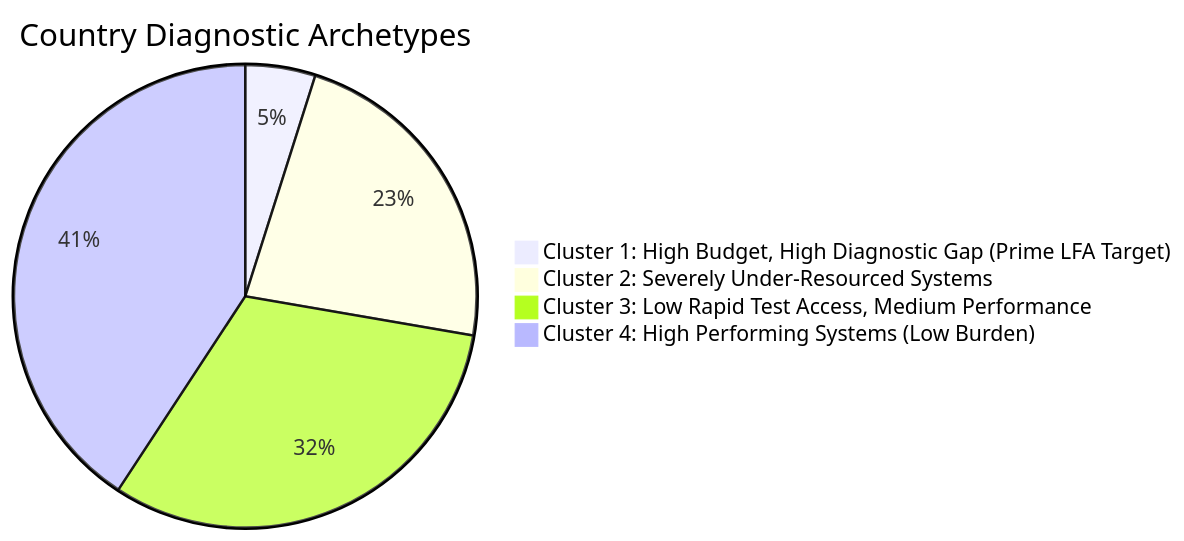
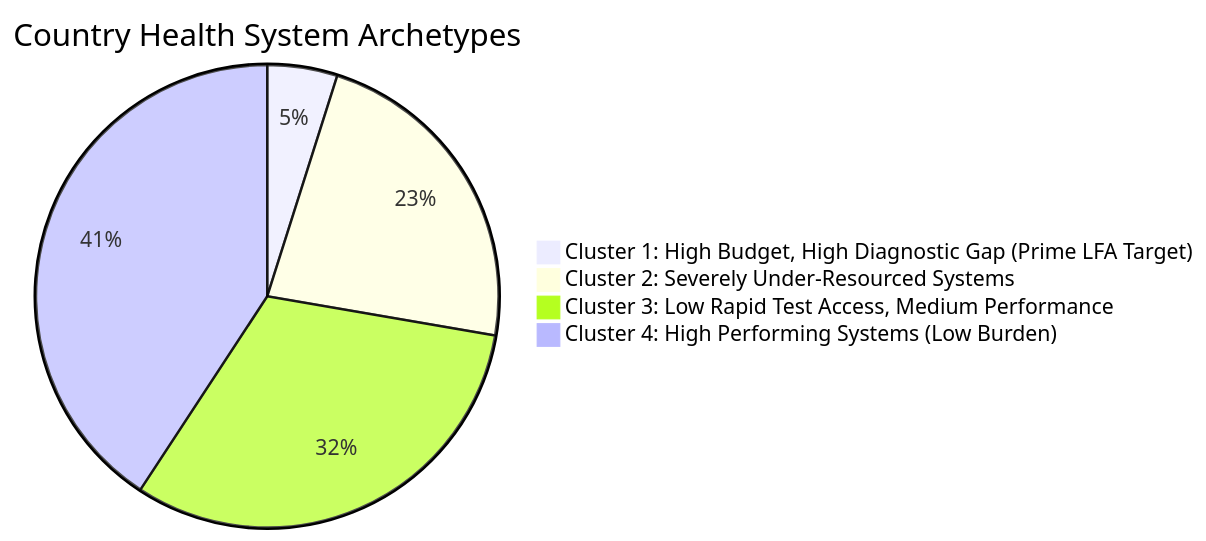
Before and after one commit to Mathedu-pandian/tb-diagnostic-gap-analysis: the second of 3 diagrams in PRODUCT_CASE_STUDY.md, drawn with Mermaid. The commit also changed other lines of this file and 1 other file, not shown here.

````diff
--- a/PRODUCT_CASE_STUDY.md
+++ b/PRODUCT_CASE_STUDY.md
@@ -67,7 +68,7 @@
 ```mermaid
-pie title Country Diagnostic Archetypes
+pie title Country Health System Archetypes
     "Cluster 1: High Budget, High Diagnostic Gap (Prime LFA Target)" : 9
     "Cluster 2: Severely Under-Resourced Systems" : 42
     "Cluster 3: Low Rapid Test Access, Medium Performance" : 58
     "Cluster 4: High Performing Systems (Low Burden)" : 75
 ```
````
